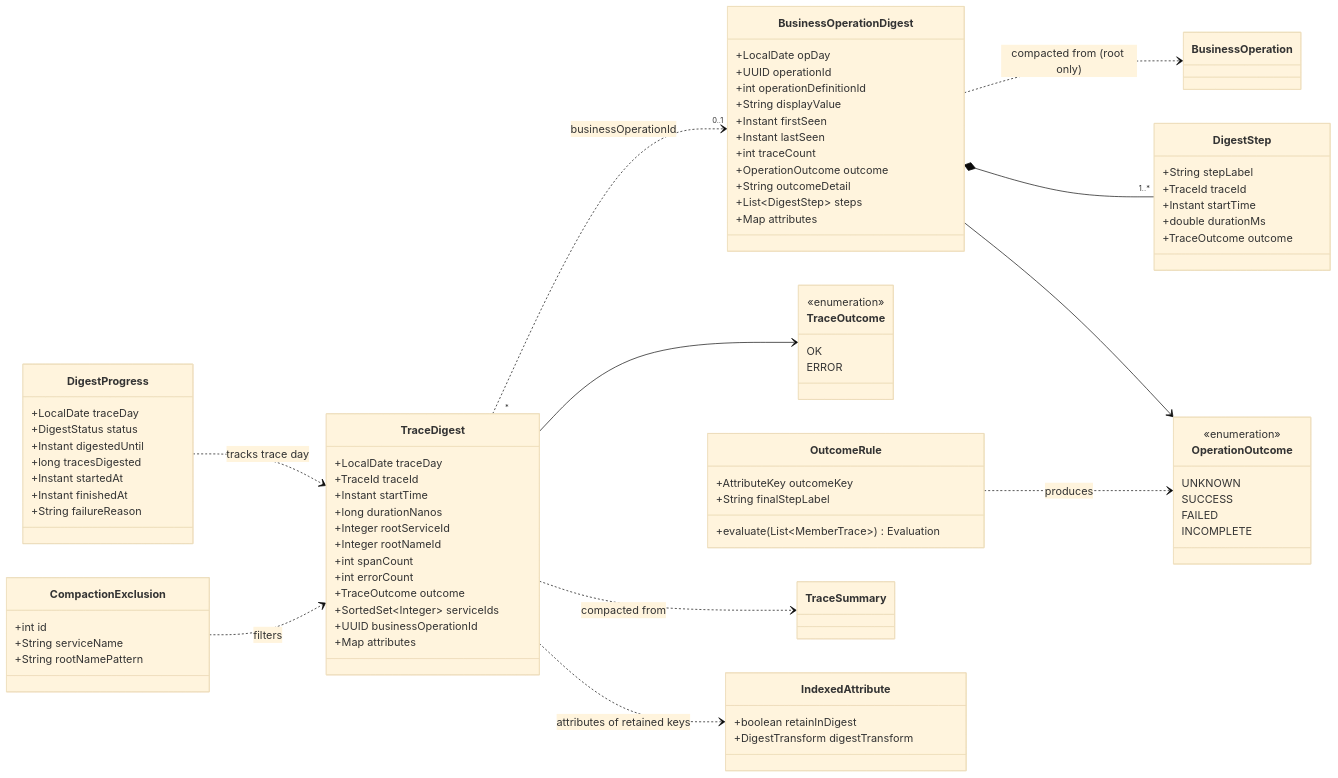
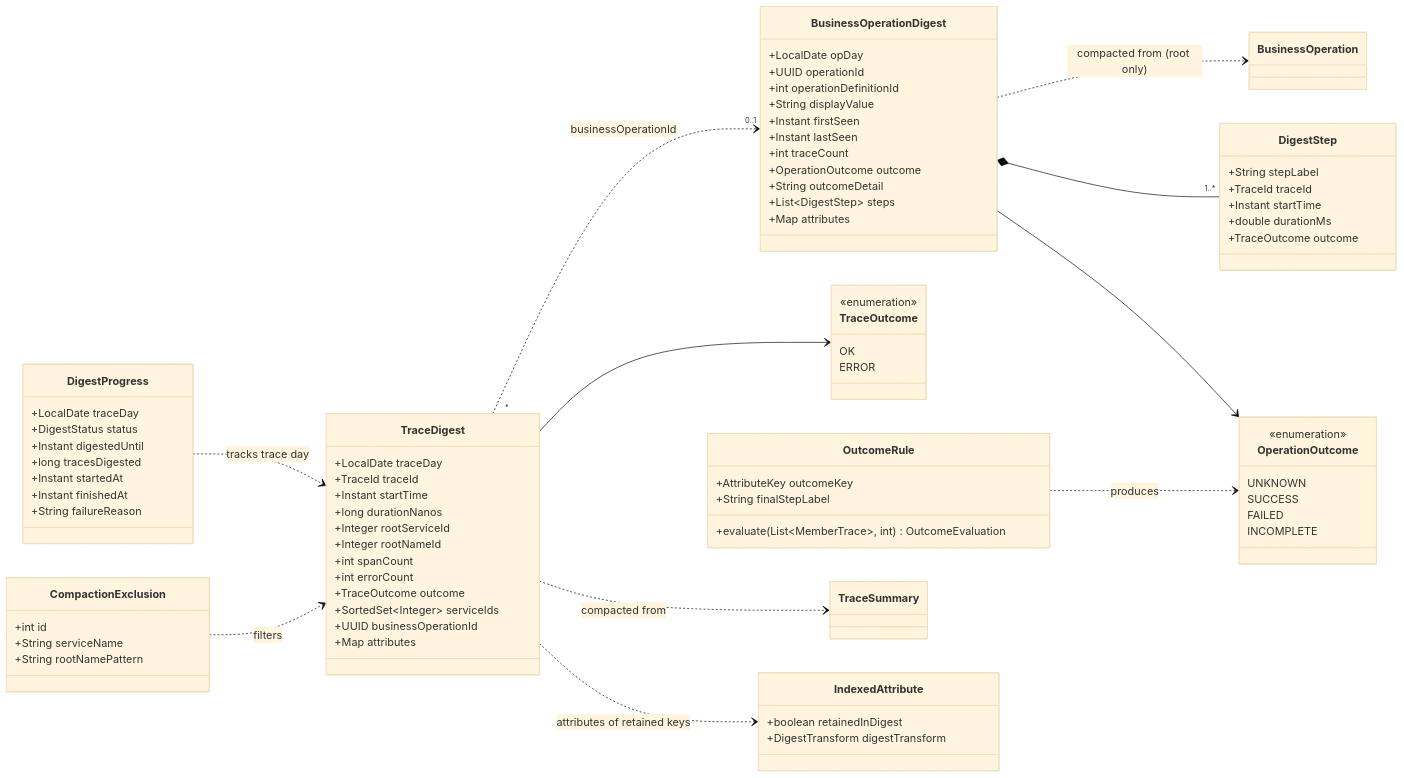
The ninth of 9 diagrams in agent/05-domain-model.md (aasmc/tracing-system), drawn with Mermaid (base theme) before and after one commit. The commit also changed other lines of this file and 35 other files, not shown here.

```diff
--- a/agent/05-domain-model.md
+++ b/agent/05-domain-model.md
@@ -2135,12 +1436,12 @@
     class OutcomeRule {
         +AttributeKey outcomeKey
         +String finalStepLabel
-        +evaluate(List~MemberTrace~) Evaluation
+        +evaluate(List~MemberTrace~, int) OutcomeEvaluation
     }
     class TraceSummary
     class BusinessOperation
     class IndexedAttribute {
-        +boolean retainInDigest
+        +boolean retainedInDigest
         +DigestTransform digestTransform
     }
     TraceDigest --> TraceOutcome
```
